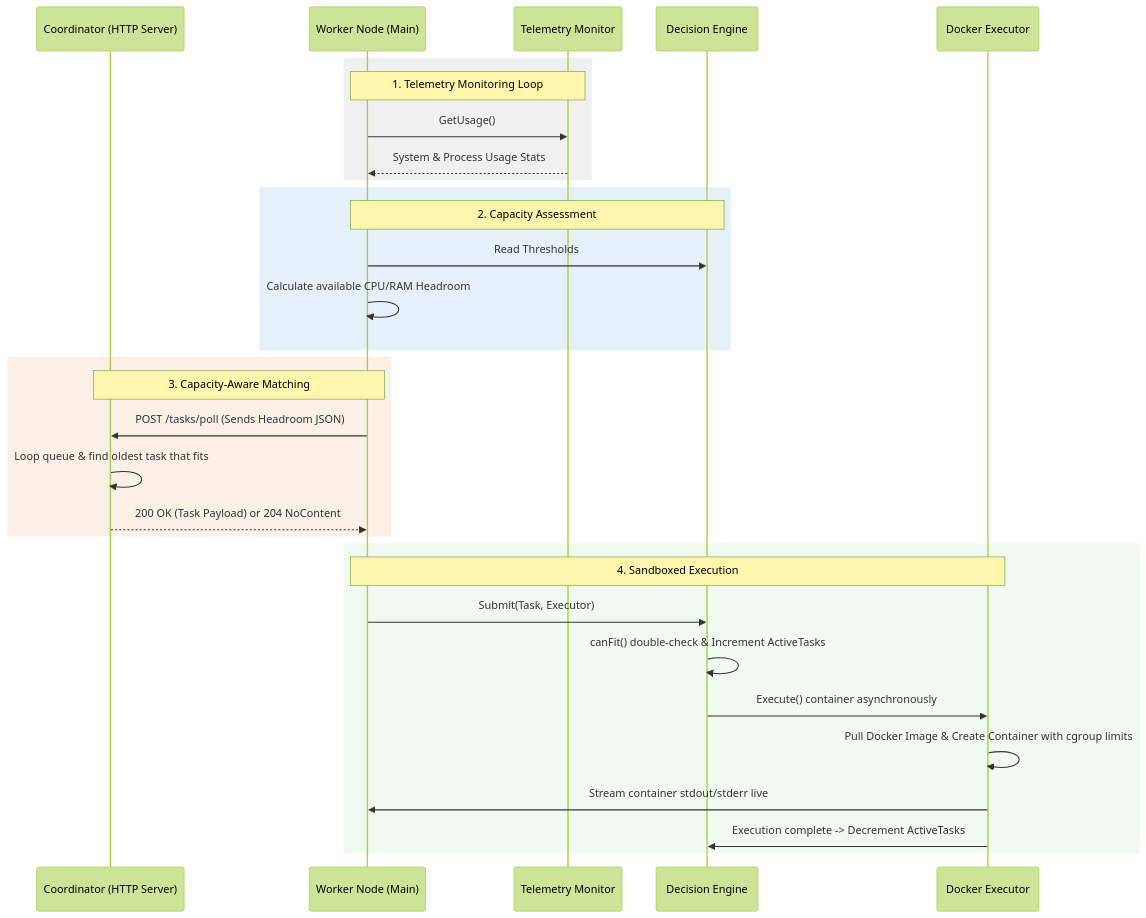
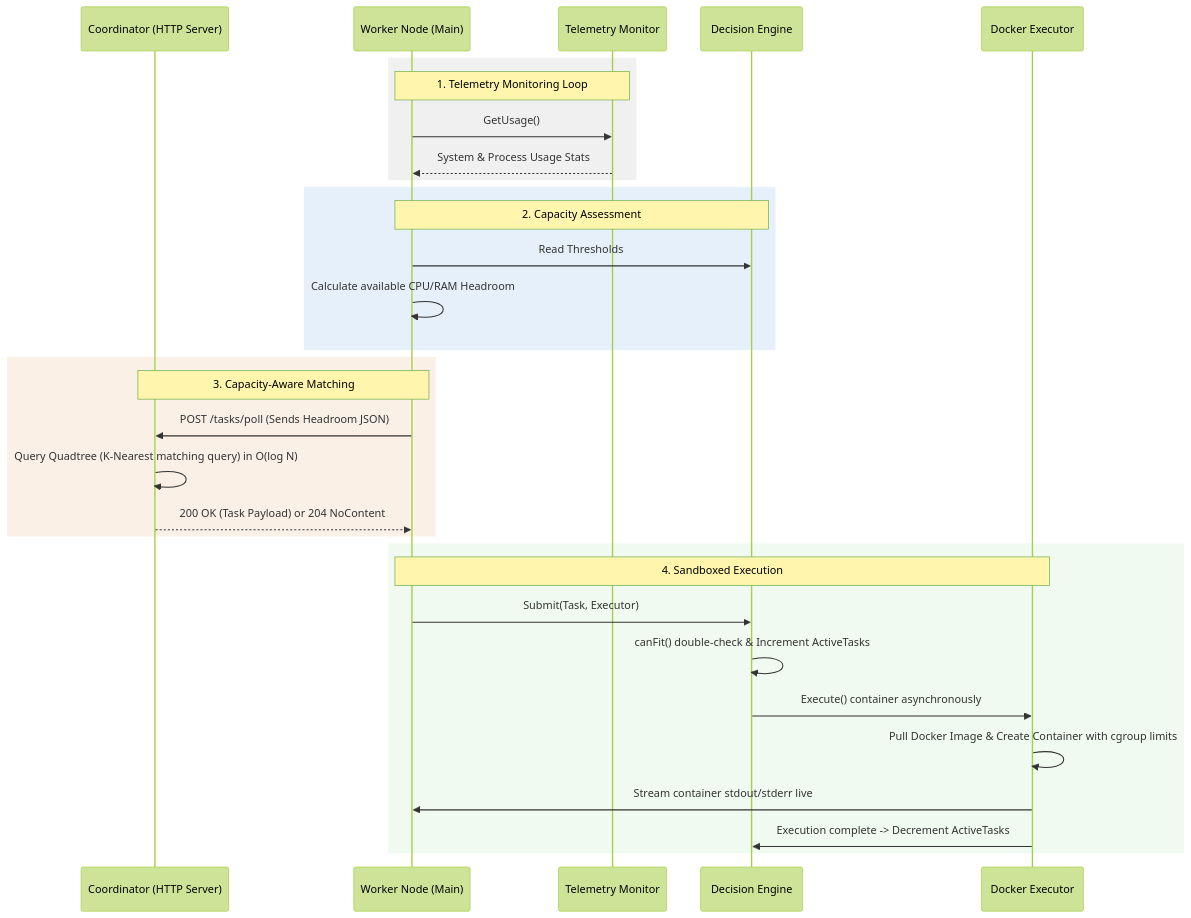
Before and after one commit to drumilbhati/swarm: the diagram in README.md, drawn with Mermaid (forest theme). The commit also changed other lines of this file and 10 other files, not shown here.

Commit message:
feat: Implement spatial quadtree indexing for task matching and enhance worker connection handling

````diff
--- a/README.md
+++ b/README.md
@@ -11,37 +11,37 @@
 ```mermaid
 sequenceDiagram
     participant Coordinator as Coordinator (HTTP Server)
     participant Worker as Worker Node (Main)
     participant Telemetry as Telemetry Monitor
     participant Engine as Decision Engine
     participant Executor as Docker Executor
     
     rect rgb(240, 240, 240)
         Note over Worker, Telemetry: 1. Telemetry Monitoring Loop
         Worker->>Telemetry: GetUsage()
         Telemetry-->>Worker: System & Process Usage Stats
     end
 
     rect rgb(230, 240, 250)
         Note over Worker, Engine: 2. Capacity Assessment
         Worker->>Engine: Read Thresholds
         Worker->>Worker: Calculate available CPU/RAM Headroom
     end
 
     rect rgb(250, 240, 230)
         Note over Worker, Coordinator: 3. Capacity-Aware Matching
         Worker->>Coordinator: POST /tasks/poll (Sends Headroom JSON)
-        Coordinator->>Coordinator: Loop queue & find oldest task that fits
+        Coordinator->>Coordinator: Query Quadtree (K-Nearest matching query) in O(log N)
         Coordinator-->>Worker: 200 OK (Task Payload) or 204 NoContent
     end
 
     rect rgb(240, 250, 240)
         Note over Worker, Executor: 4. Sandboxed Execution
         Worker->>Engine: Submit(Task, Executor)
         Engine->>Engine: canFit() double-check & Increment ActiveTasks
         Engine->>Executor: Execute() container asynchronously
         Executor->>Executor: Pull Docker Image & Create Container with cgroup limits
         Executor->>Worker: Stream container stdout/stderr live
         Executor->>Engine: Execution complete -> Decrement ActiveTasks
     end
 ```
````
